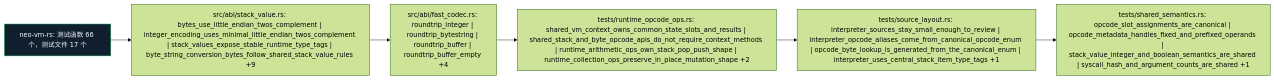
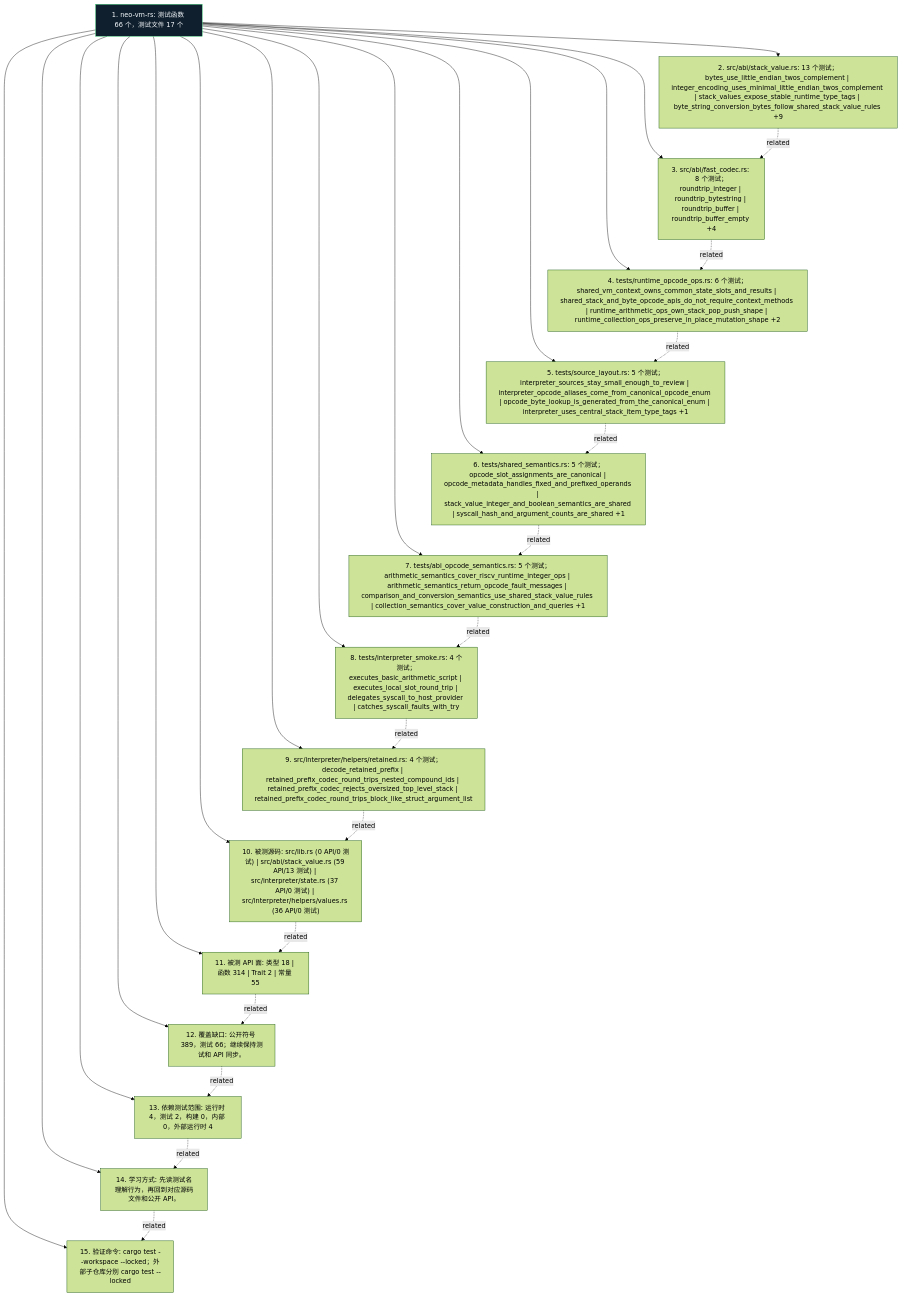
The diagram in docs/figures/test-map.zh.mmd (r3e-network/neo-vm-rs), drawn with Mermaid (forest theme) before and after one commit. The commit also changed 43 other files, not shown here.

Commit message:
Deepen crate diagrams with source-aware atlas

```diff
--- a/docs/figures/test-map.zh.mmd
+++ b/docs/figures/test-map.zh.mmd
@@ -1,14 +1,45 @@
-flowchart LR
-    N1["neo-vm-rs: 测试函数 66 个，测试文件 17 个"]
-    N2["src/abi/stack_value.rs: bytes_use_little_endian_twos_complement | integer_encoding_uses_minimal_little_endian_twos_complement | stack_values_expose_stable_runtime_type_tags | byte_string_conversion_bytes_follow_shared_stack_value_rules +9"]
-    N3["src/abi/fast_codec.rs: roundtrip_integer | roundtrip_bytestring | roundtrip_buffer | roundtrip_buffer_empty +4"]
-    N4["tests/runtime_opcode_ops.rs: shared_vm_context_owns_common_state_slots_and_results | shared_stack_and_byte_opcode_apis_do_not_require_context_methods | runtime_arithmetic_ops_own_stack_pop_push_shape | runtime_collection_ops_preserve_in_place_mutation_shape +2"]
-    N5["tests/source_layout.rs: interpreter_sources_stay_small_enough_to_review | interpreter_opcode_aliases_come_from_canonical_opcode_enum | opcode_byte_lookup_is_generated_from_the_canonical_enum | interpreter_uses_central_stack_item_type_tags +1"]
-    N6["tests/shared_semantics.rs: opcode_slot_assignments_are_canonical | opcode_metadata_handles_fixed_and_prefixed_operands | stack_value_integer_and_boolean_semantics_are_shared | syscall_hash_and_argument_counts_are_shared +1"]
+flowchart TB
+    N1["1. neo-vm-rs: 测试函数 66 个，测试文件 17 个"]
+    N2["2. src/abi/stack_value.rs: 13 个测试；bytes_use_little_endian_twos_complement | integer_encoding_uses_minimal_little_endian_twos_complement | stack_values_expose_stable_runtime_type_tags | byte_string_conversion_bytes_follow_shared_stack_value_rules +9"]
+    N3["3. src/abi/fast_codec.rs: 8 个测试；roundtrip_integer | roundtrip_bytestring | roundtrip_buffer | roundtrip_buffer_empty +4"]
+    N4["4. tests/runtime_opcode_ops.rs: 6 个测试；shared_vm_context_owns_common_state_slots_and_results | shared_stack_and_byte_opcode_apis_do_not_require_context_methods | runtime_arithmetic_ops_own_stack_pop_push_shape | runtime_collection_ops_preserve_in_place_mutation_shape +2"]
+    N5["5. tests/source_layout.rs: 5 个测试；interpreter_sources_stay_small_enough_to_review | interpreter_opcode_aliases_come_from_canonical_opcode_enum | opcode_byte_lookup_is_generated_from_the_canonical_enum | interpreter_uses_central_stack_item_type_tags +1"]
+    N6["6. tests/shared_semantics.rs: 5 个测试；opcode_slot_assignments_are_canonical | opcode_metadata_handles_fixed_and_prefixed_operands | stack_value_integer_and_boolean_semantics_are_shared | syscall_hash_and_argument_counts_are_shared +1"]
+    N7["7. tests/abi_opcode_semantics.rs: 5 个测试；arithmetic_semantics_cover_riscv_runtime_integer_ops | arithmetic_semantics_return_opcode_fault_messages | comparison_and_conversion_semantics_use_shared_stack_value_rules | collection_semantics_cover_value_construction_and_queries +1"]
+    N8["8. tests/interpreter_smoke.rs: 4 个测试；executes_basic_arithmetic_script | executes_local_slot_round_trip | delegates_syscall_to_host_provider | catches_syscall_faults_with_try"]
+    N9["9. src/interpreter/helpers/retained.rs: 4 个测试；decode_retained_prefix | retained_prefix_codec_round_trips_nested_compound_ids | retained_prefix_codec_rejects_oversized_top_level_stack | retained_prefix_codec_round_trips_block_like_struct_argument_list"]
+    N10["10. 被测源码: src/lib.rs (0 API/0 测试) | src/abi/stack_value.rs (59 API/13 测试) | src/interpreter/state.rs (37 API/0 测试) | src/interpreter/helpers/values.rs (36 API/0 测试)"]
+    N11["11. 被测 API 面: 类型 18 | 函数 314 | Trait 2 | 常量 55"]
+    N12["12. 覆盖缺口: 公开符号 389，测试 66；继续保持测试和 API 同步。"]
+    N13["13. 依赖测试范围: 运行时 4，测试 2，构建 0，内部 0，外部运行时 4"]
+    N14["14. 学习方式: 先读测试名理解行为，再回到对应源码文件和公开 API。"]
+    N15["15. 验证命令: cargo test --workspace --locked；外部子仓库分别 cargo test --locked"]
     N1 --> N2
-    N2 --> N3
-    N3 --> N4
-    N4 --> N5
-    N5 --> N6
+    N1 --> N3
+    N1 --> N4
+    N1 --> N5
+    N1 --> N6
+    N1 --> N7
+    N1 --> N8
+    N1 --> N9
+    N1 --> N10
+    N1 --> N11
+    N1 --> N12
+    N1 --> N13
+    N1 --> N14
+    N1 --> N15
+    N2 -. related .-> N3
+    N3 -. related .-> N4
+    N4 -. related .-> N5
+    N5 -. related .-> N6
+    N6 -. related .-> N7
+    N7 -. related .-> N8
+    N8 -. related .-> N9
+    N9 -. related .-> N10
+    N10 -. related .-> N11
+    N11 -. related .-> N12
+    N12 -. related .-> N13
+    N13 -. related .-> N14
+    N14 -. related .-> N15
     classDef crate fill:#101f2d,stroke:#38d978,color:#f6fbff
     class N1 crate
```
